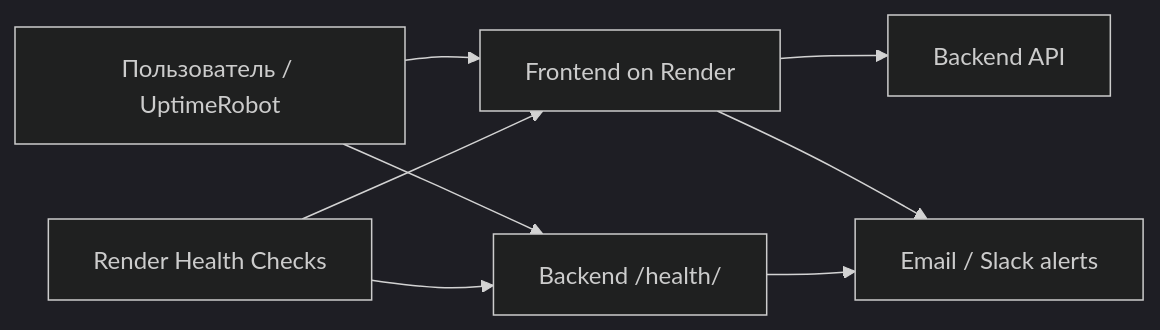
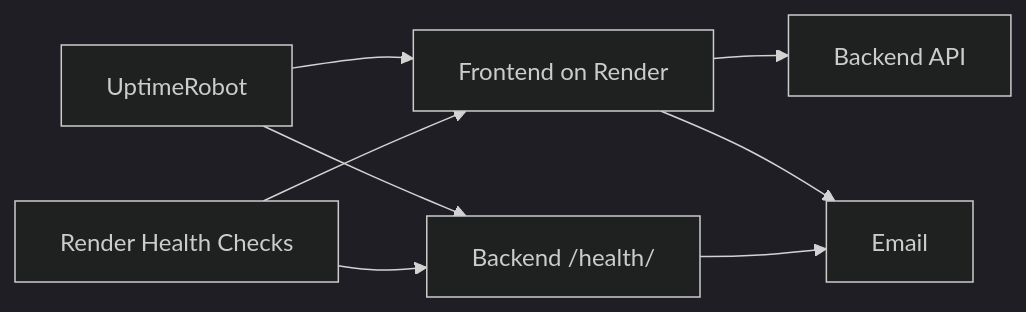
The second of 2 diagrams in README.md (ilushka-obnimashka/ilushka-obnimashka-Junior_DevOps_TestTask), drawn with Mermaid (dark theme) before and after one commit. The commit also changed other lines of this file and 1 other file, not shown here.

Commit message:
some change

````diff
--- a/README.md
+++ b/README.md
@@ -65,12 +66,12 @@
 ```mermaid
 flowchart LR
-    U[Пользователь / UptimeRobot] --> F[Frontend on Render]
+    U[UptimeRobot] --> F[Frontend on Render]
     U --> H[Backend /health/]
     F --> B[Backend API]
 
     R[Render Health Checks] --> F
     R --> H
 
-    F --> N[Email / Slack alerts]
+    F --> N[Email]
     H --> N
 ```
````
